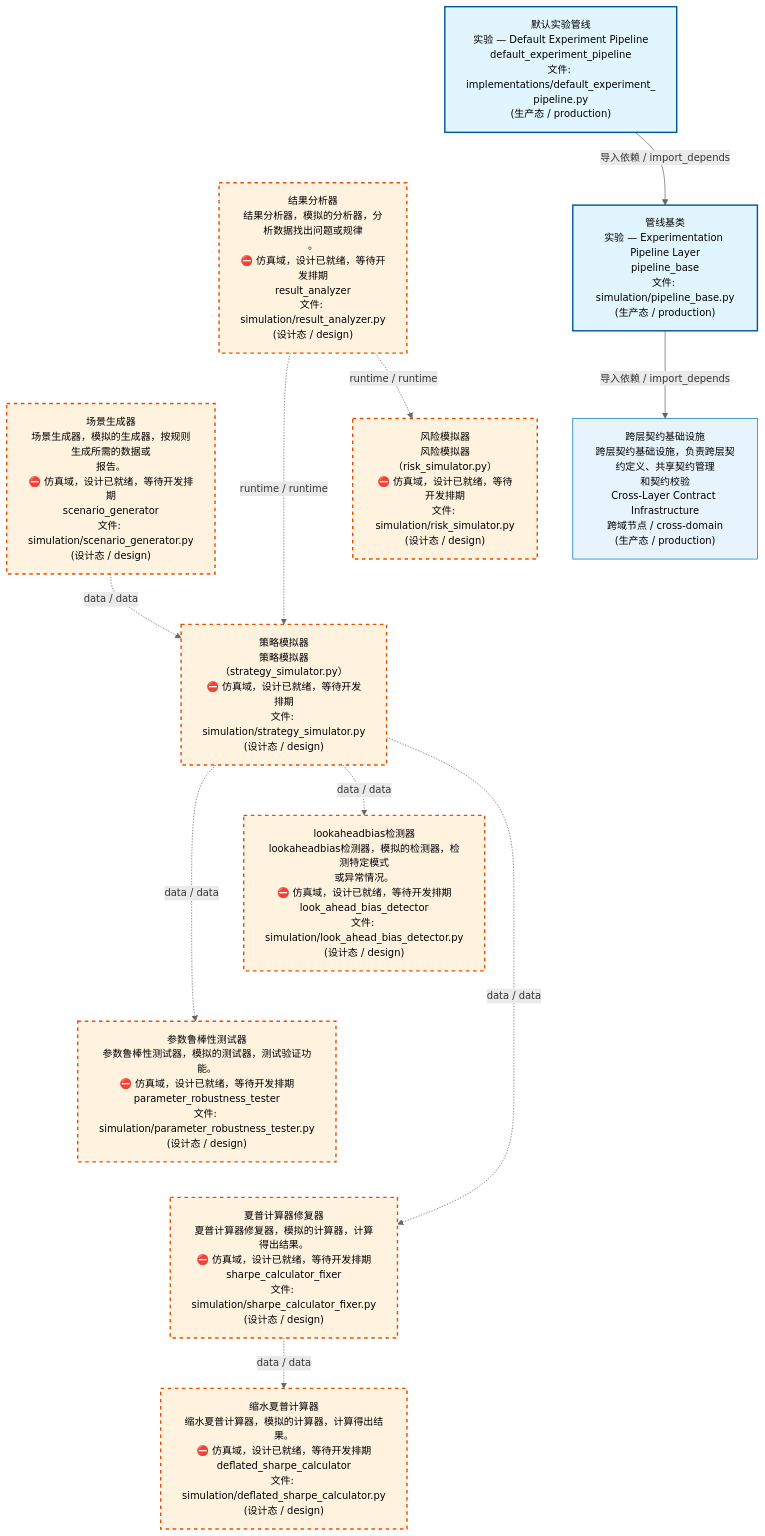
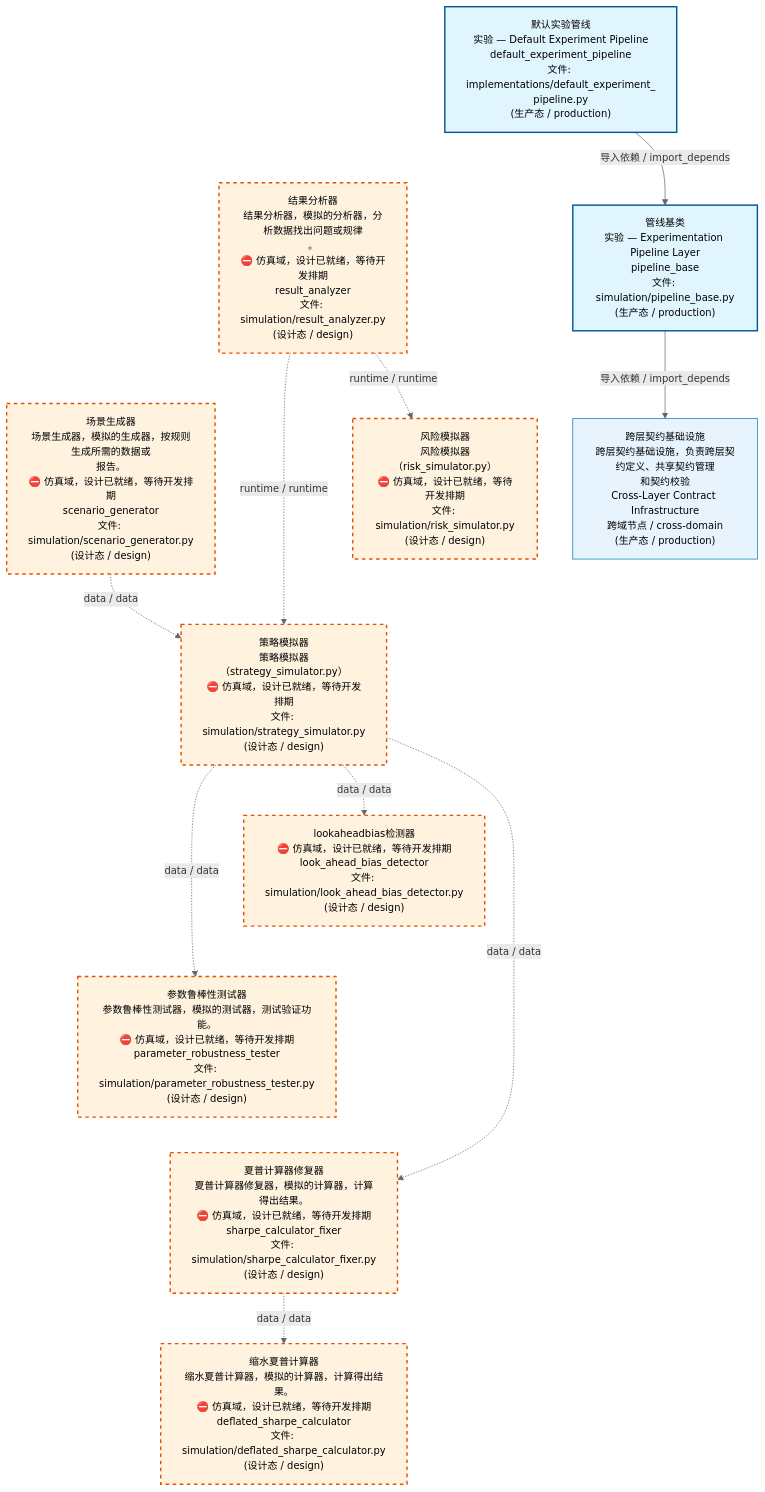
The first of 4 diagrams in docs/02_enterprise_architecture/02_domain_architecture_docs/70_d_simulation.md (xuanFelixVan/ZephyrAlpha), drawn with Mermaid before and after one commit. The commit also changed other lines of this file and 61 other files, not shown here.

````diff
--- a/docs/02_enterprise_architecture/02_domain_architecture_docs/70_d_simulation.md
+++ b/docs/02_enterprise_architecture/02_domain_architecture_docs/70_d_simulation.md
@@ -53,37 +53,37 @@
 ```mermaid
 %%{init: {'theme': 'base', 'themeVariables': {'primaryColor': '#eaeaea', 'primaryTextColor': '#333333', 'primaryBorderColor': '#666666', 'lineColor': '#666666', 'secondaryColor': '#eaeaea', 'tertiaryColor': '#eaeaea', 'fontSize': '14px'}}}%%
 flowchart TD
     src_zephyr_simulation_implementations_default_experiment_pipeline_py["默认实验管线<br/>实验 — Default Experiment Pipeline<br/>default_experiment_pipeline<br/>文件: implementations/default_experiment_<br/>pipeline.py<br/>(生产态 / production)"]
     src_zephyr_simulation_result_analyzer_py["结果分析器<br/>结果分析器，模拟的分析器，分析数据找出问题或规律<br/>。<br/>⛔ 仿真域，设计已就绪，等待开发排期<br/>result_analyzer<br/>文件: simulation/result_analyzer.py<br/>(设计态 / design)"]
     src_zephyr_simulation_scenario_generator_py["场景生成器<br/>场景生成器，模拟的生成器，按规则生成所需的数据或<br/>报告。<br/>⛔ 仿真域，设计已就绪，等待开发排期<br/>scenario_generator<br/>文件: simulation/scenario_generator.py<br/>(设计态 / design)"]
     src_zephyr_simulation_implementations_default_experiment_pipeline_py ~~~ src_zephyr_simulation_result_analyzer_py
     src_zephyr_simulation_result_analyzer_py ~~~ src_zephyr_simulation_scenario_generator_py
     src_zephyr_simulation_pipeline_base_py["管线基类<br/>实验 — Experimentation Pipeline Layer<br/>pipeline_base<br/>文件: simulation/pipeline_base.py<br/>(生产态 / production)"]
     src_zephyr_simulation_risk_simulator_py["风险模拟器<br/>风险模拟器（risk_simulator.py）<br/>⛔ 仿真域，设计已就绪，等待开发排期<br/>文件: simulation/risk_simulator.py<br/>(设计态 / design)"]
     src_zephyr_simulation_strategy_simulator_py["策略模拟器<br/>策略模拟器（strategy_simulator.py）<br/>⛔ 仿真域，设计已就绪，等待开发排期<br/>文件: simulation/strategy_simulator.py<br/>(设计态 / design)"]
     src_zephyr_simulation_pipeline_base_py ~~~ src_zephyr_simulation_risk_simulator_py
     src_zephyr_simulation_risk_simulator_py ~~~ src_zephyr_simulation_strategy_simulator_py
-    src_zephyr_simulation_look_ahead_bias_detector_py["lookaheadbias检测器<br/>lookaheadbias检测器，模拟的检测器，检测特定模式<br/>或异常情况。<br/>⛔ 仿真域，设计已就绪，等待开发排期<br/>look_ahead_bias_detector<br/>文件: simulation/look_ahead_bias_detector.py<br/>(设计态 / design)"]
+    src_zephyr_simulation_look_ahead_bias_detector_py["lookaheadbias检测器<br/>⛔ 仿真域，设计已就绪，等待开发排期<br/>look_ahead_bias_detector<br/>文件: simulation/look_ahead_bias_detector.py<br/>(设计态 / design)"]
     src_zephyr_simulation_parameter_robustness_tester_py["参数鲁棒性测试器<br/>参数鲁棒性测试器，模拟的测试器，测试验证功能。<br/>⛔ 仿真域，设计已就绪，等待开发排期<br/>parameter_robustness_tester<br/>文件: simulation/parameter_robustness_tester.py<br/>(设计态 / design)"]
     src_zephyr_simulation_sharpe_calculator_fixer_py["夏普计算器修复器<br/>夏普计算器修复器，模拟的计算器，计算得出结果。<br/>⛔ 仿真域，设计已就绪，等待开发排期<br/>sharpe_calculator_fixer<br/>文件: simulation/sharpe_calculator_fixer.py<br/>(设计态 / design)"]
     src_zephyr_simulation_look_ahead_bias_detector_py ~~~ src_zephyr_simulation_parameter_robustness_tester_py
     src_zephyr_simulation_parameter_robustness_tester_py ~~~ src_zephyr_simulation_sharpe_calculator_fixer_py
     src_zephyr_simulation_deflated_sharpe_calculator_py["缩水夏普计算器<br/>缩水夏普计算器，模拟的计算器，计算得出结果。<br/>⛔ 仿真域，设计已就绪，等待开发排期<br/>deflated_sharpe_calculator<br/>文件: simulation/deflated_sharpe_calculator.py<br/>(设计态 / design)"]
     src_zephyr_simulation_strategy_simulator_py -.->|data / data| src_zephyr_simulation_parameter_robustness_tester_py
     src_zephyr_simulation_strategy_simulator_py -.->|data / data| src_zephyr_simulation_look_ahead_bias_detector_py
     src_zephyr_simulation_strategy_simulator_py -.->|data / data| src_zephyr_simulation_sharpe_calculator_fixer_py
     src_zephyr_simulation_scenario_generator_py -.->|data / data| src_zephyr_simulation_strategy_simulator_py
     src_zephyr_simulation_result_analyzer_py -.->|runtime / runtime| src_zephyr_simulation_strategy_simulator_py
     src_zephyr_simulation_result_analyzer_py -.->|runtime / runtime| src_zephyr_simulation_risk_simulator_py
     src_zephyr_simulation_sharpe_calculator_fixer_py -.->|data / data| src_zephyr_simulation_deflated_sharpe_calculator_py
     src_zephyr_simulation_implementations_default_experiment_pipeline_py -->|导入依赖 / import_depends| src_zephyr_simulation_pipeline_base_py
     D_INFRASTRUCTURE["跨层契约基础设施<br/>跨层契约基础设施，负责跨层契约定义、共享契约管理<br/>和契约校验<br/>Cross-Layer Contract Infrastructure<br/>跨域节点 / cross-domain<br/>(生产态 / production)"]
     src_zephyr_simulation_pipeline_base_py -->|导入依赖 / import_depends| D_INFRASTRUCTURE
     classDef production fill:#e1f5fe,stroke:#01579b,stroke-width:2px,color:#000
     classDef design fill:#fff3e0,stroke:#e65100,stroke-width:2px,color:#000,stroke-dasharray: 5 5
     classDef external_prod fill:#e8f4fd,stroke:#0277bd,stroke-width:1px,color:#000
     classDef external_design fill:#fff8e7,stroke:#ef6c00,stroke-width:1px,color:#000,stroke-dasharray: 5 5
     class src_zephyr_simulation_implementations_default_experiment_pipeline_py,src_zephyr_simulation_pipeline_base_py production
     class src_zephyr_simulation_deflated_sharpe_calculator_py,src_zephyr_simulation_look_ahead_bias_detector_py,src_zephyr_simulation_parameter_robustness_tester_py,src_zephyr_simulation_result_analyzer_py,src_zephyr_simulation_risk_simulator_py,src_zephyr_simulation_scenario_generator_py,src_zephyr_simulation_sharpe_calculator_fixer_py,src_zephyr_simulation_strategy_simulator_py design
     class D_INFRASTRUCTURE external_prod
 ```
````
